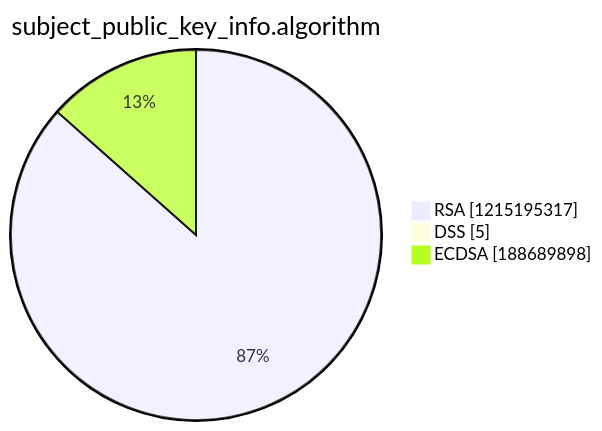
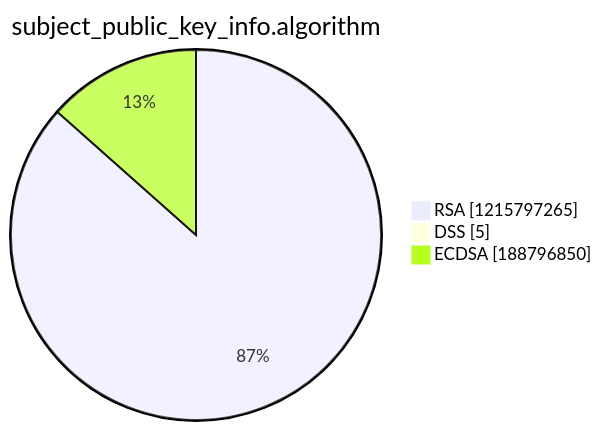
The third of 15 diagrams in argon2022/README.md (christiankrug/ctmonitor_visualization), drawn with Mermaid before and after one commit. The commit also changed other lines of this file, not shown here.

````diff
--- a/argon2022/README.md
+++ b/argon2022/README.md
@@ -14,7 +14,7 @@
 ```mermaid
 pie showData
 title subject_public_key_info.algorithm
-"RSA" :1215195317
+"RSA" :1215797265
 "DSS" :5
-"ECDSA" :188689898
+"ECDSA" :188796850
 ```
````
